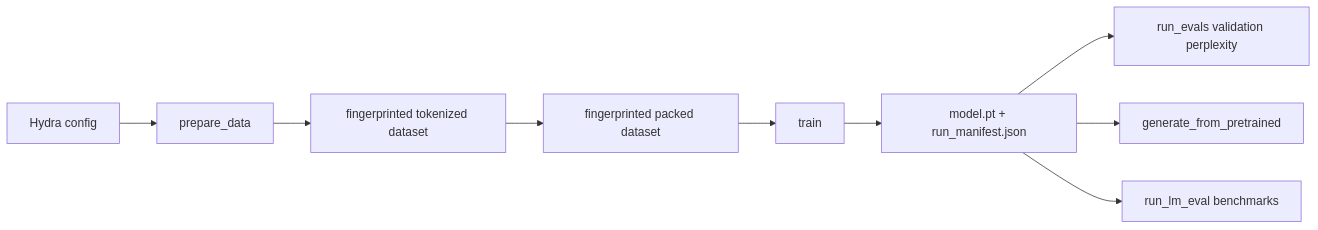
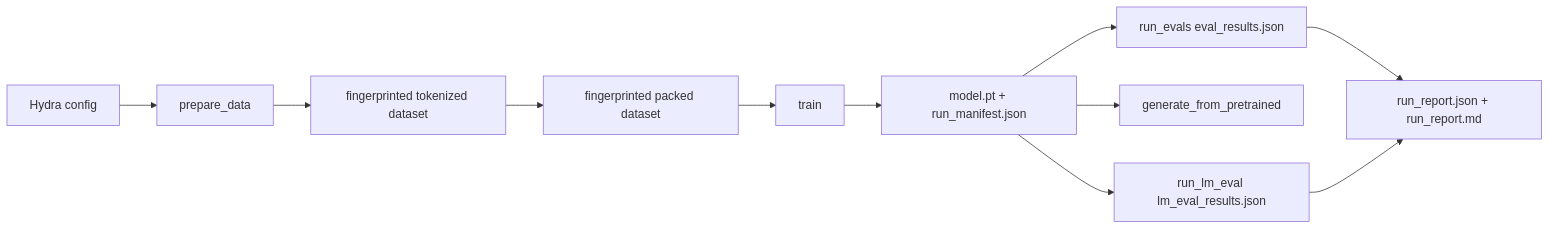
Before and after one commit to thajpo/ScaleTraining: the diagram in README.md, drawn with Mermaid. The commit also changed other lines of this file and 21 other files, not shown here.

````diff
--- a/README.md
+++ b/README.md
@@ -40,11 +41,13 @@
 ```mermaid
 flowchart LR
     cfg["Hydra config"] --> prep["prepare_data"]
     prep --> tok["fingerprinted tokenized dataset"]
     tok --> pack["fingerprinted packed dataset"]
     pack --> train["train"]
     train --> ckpt["model.pt + run_manifest.json"]
-    ckpt --> ppl["run_evals validation perplexity"]
+    ckpt --> ppl["run_evals eval_results.json"]
     ckpt --> gen["generate_from_pretrained"]
-    ckpt --> bench["run_lm_eval benchmarks"]
+    ckpt --> bench["run_lm_eval lm_eval_results.json"]
+    ppl --> report["run_report.json + run_report.md"]
+    bench --> report
 ```
````
